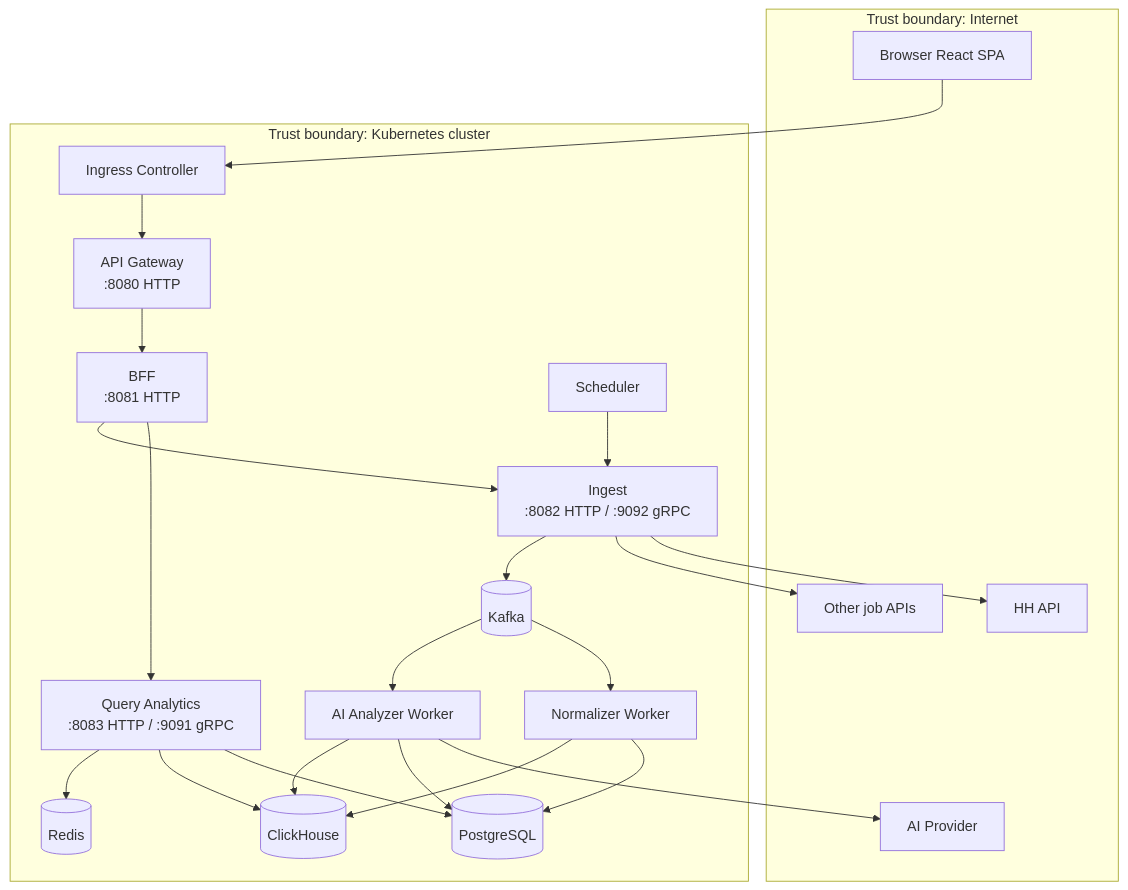
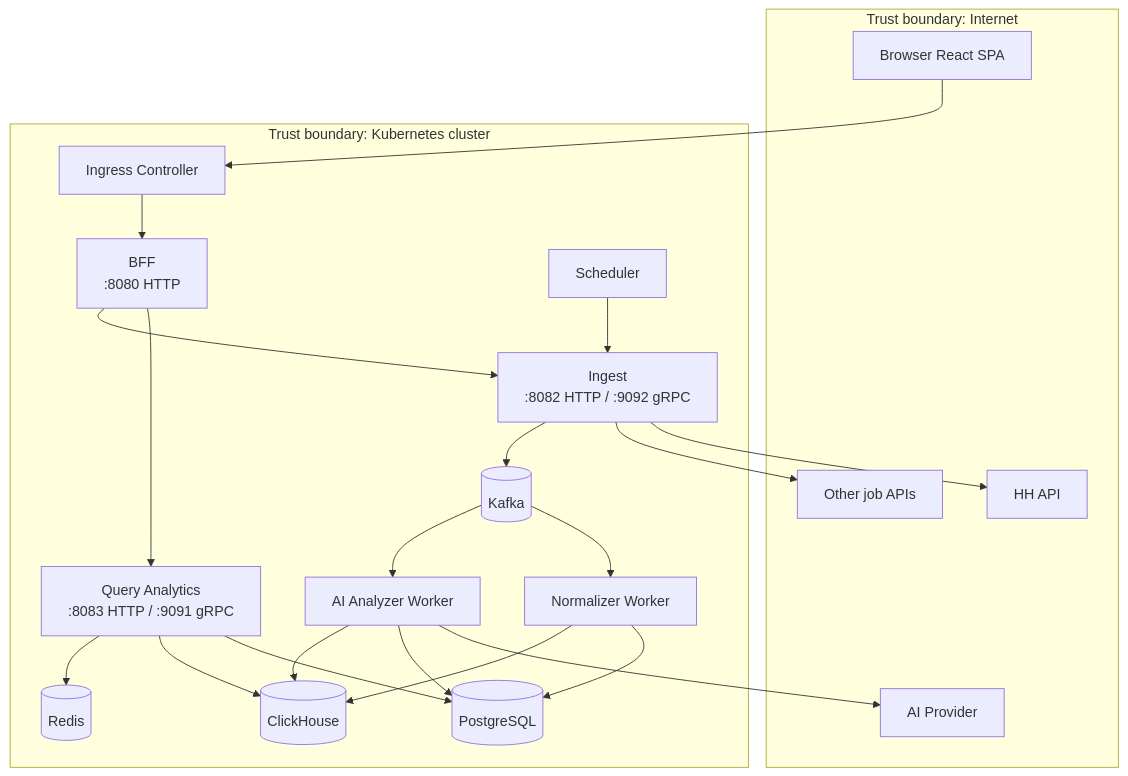
Before and after one commit to Chuchoss/it-labor-pulse: the third of 4 diagrams in docs/architecture/01-system-context.md, drawn with Mermaid. The commit also changed other lines of this file and 30 other files, not shown here.

First line of the commit message:
refactor(api): drop separate gateway; public BFF on :8080

````diff
--- a/docs/architecture/01-system-context.md
+++ b/docs/architecture/01-system-context.md
@@ -59,42 +59,41 @@
 ```mermaid
 flowchart TB
   subgraph TrustPublic["Trust boundary: Internet"]
     Browser[Browser React SPA]
     HH[HH API]
     ExtSrc[Other job APIs]
     LLM[AI Provider]
   end
 
   subgraph TrustCluster["Trust boundary: Kubernetes cluster"]
     Ingress[Ingress Controller]
-    GW[API Gateway<br/>:8080 HTTP]
-    BFF[BFF<br/>:8081 HTTP]
+    BFF[BFF<br/>:8080 HTTP]
     Query[Query Analytics<br/>:8083 HTTP / :9091 gRPC]
     Ingest[Ingest<br/>:8082 HTTP / :9092 gRPC]
     Norm[Normalizer Worker]
     Sched[Scheduler]
     AIW[AI Analyzer Worker]
     Kafka[(Kafka)]
     PG[(PostgreSQL)]
     CH[(ClickHouse)]
     Redis[(Redis)]
   end
 
-  Browser --> Ingress --> GW --> BFF
+  Browser --> Ingress --> BFF
   BFF --> Query
   BFF --> Ingest
   Sched --> Ingest
   Ingest --> HH
   Ingest --> ExtSrc
   Ingest --> Kafka
   Kafka --> Norm
   Kafka --> AIW
   Norm --> PG
   Norm --> CH
   Query --> PG
   Query --> CH
   Query --> Redis
   AIW --> LLM
   AIW --> PG
   AIW --> CH
 ```
````
